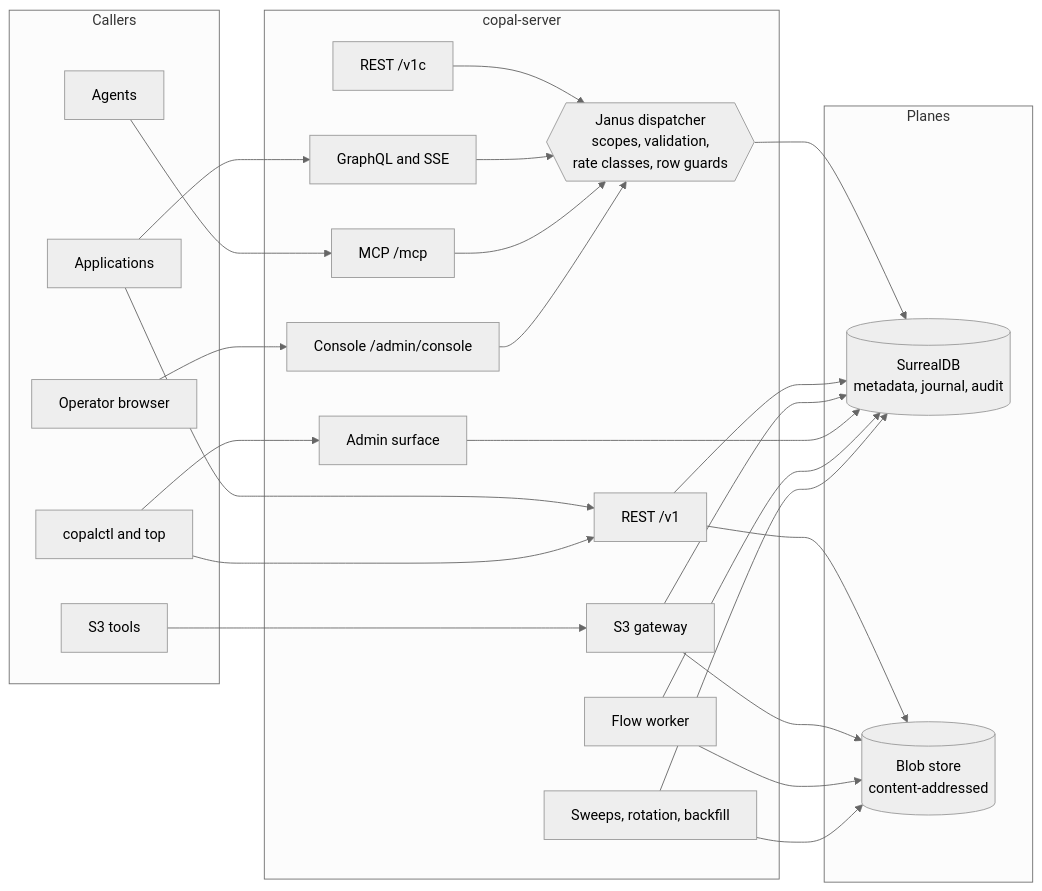
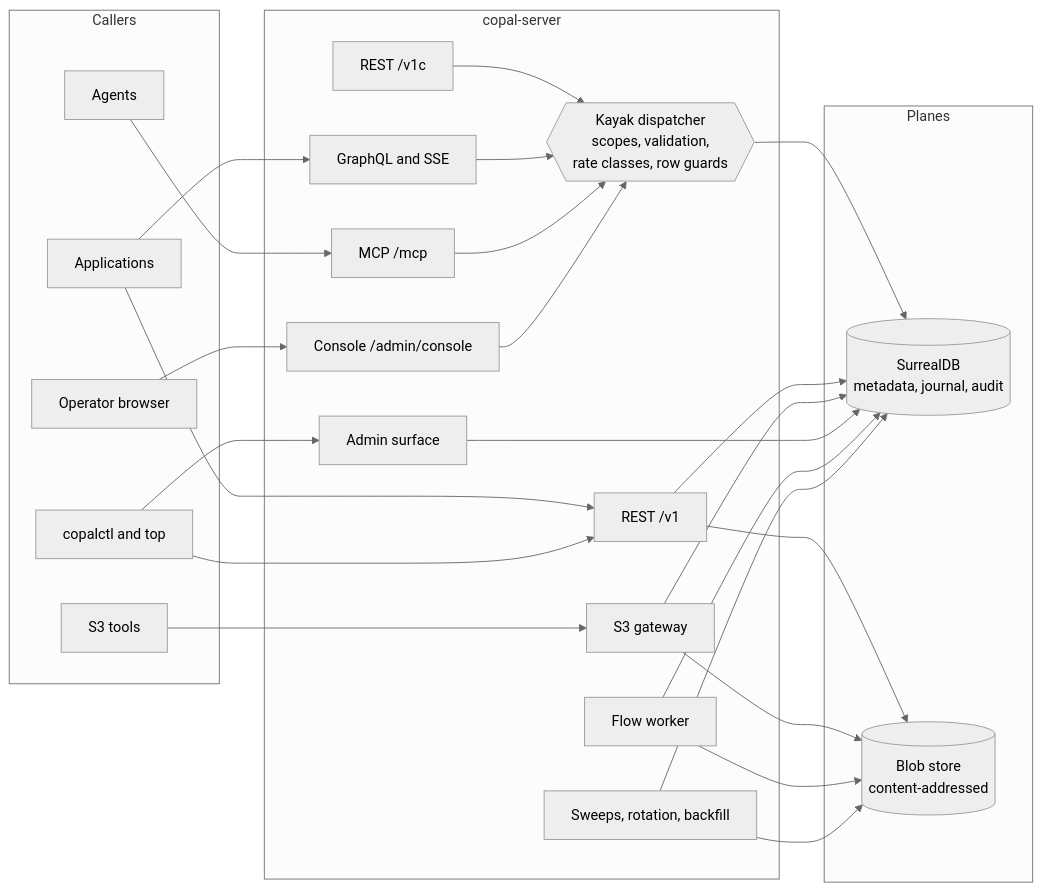
The second of 4 diagrams in docs/architecture.md (Oneiriq/copal), drawn with Mermaid (neutral theme) before and after one commit. The commit also changed other lines of this file and 37 other files, not shown here.

````diff
--- a/docs/architecture.md
+++ b/docs/architecture.md
@@ -62,52 +62,52 @@
 ```mermaid
 flowchart LR
     subgraph callers [Callers]
         app[Applications]
         agent[Agents]
         tools[S3 tools]
         browser[Operator browser]
         term["copalctl and top"]
     end
 
     subgraph server [copal-server]
         rest["REST /v1"]
         s3["S3 gateway"]
         admin["Admin surface"]
         restc["REST /v1c"]
         gql["GraphQL and SSE"]
         mcp["MCP /mcp"]
         console["Console /admin/console"]
-        disp{{"Janus dispatcher<br/>scopes, validation,<br/>rate classes, row guards"}}
+        disp{{"Kayak dispatcher<br/>scopes, validation,<br/>rate classes, row guards"}}
         worker["Flow worker"]
         sweeps["Sweeps, rotation, backfill"]
     end
 
     subgraph planes [Planes]
         store[("SurrealDB<br/>metadata, journal, audit")]
         blob[("Blob store<br/>content-addressed")]
     end
 
     app --> rest
     app --> gql
     agent --> mcp
     tools --> s3
     browser --> console
     term --> rest
     term --> admin
 
     restc --> disp
     gql --> disp
     mcp --> disp
     console --> disp
 
     disp --> store
     rest --> store
     rest --> blob
     s3 --> store
     s3 --> blob
     admin --> store
     worker --> store
     worker --> blob
     sweeps --> store
     sweeps --> blob
 ```
````
